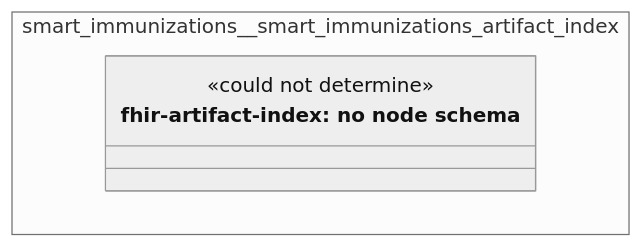
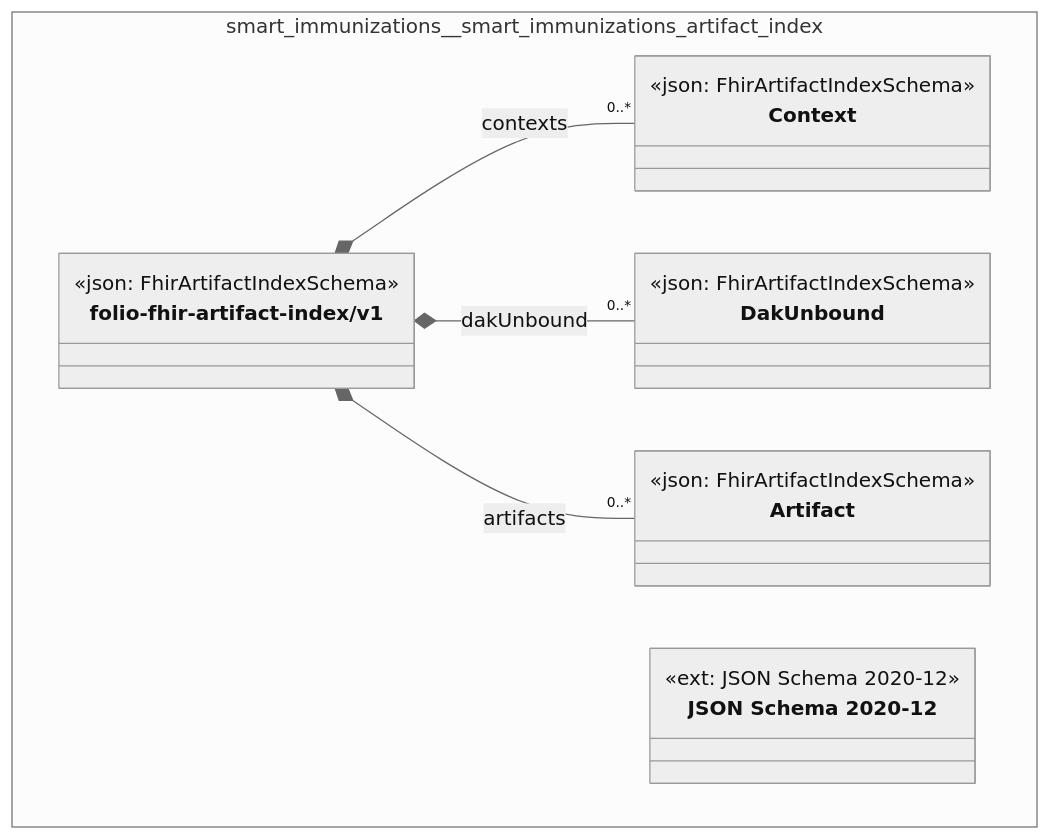
The diagram in cat-harness/docs/uml/overview/smart-immunizations.md (litlfred/folio-assistant), drawn with Mermaid (neutral theme) before and after one commit. The commit also changed other lines of this file and 220 other files, not shown here.

First line of the commit message:
quda: register node schemas for the graph kinds that had none

````diff
--- a/cat-harness/docs/uml/overview/smart-immunizations.md
+++ b/cat-harness/docs/uml/overview/smart-immunizations.md
@@ -12,11 +12,29 @@
 ```mermaid
 classDiagram
   direction TB
   namespace smart_immunizations__smart_immunizations_artifact_index {
-    class n_smart_immunizations_smart_immunizations_artifact_index_fhir_artifact_index["fhir-artifact-index: no node schema"] {
-      <<could not determine>>
+    class smart_immunizations_smart_immunizations_artifact_index_folio_fhir_artifact_index_v1_Context["Context"] {
+      <<json: FhirArtifactIndexSchema>>
+    }
+    class smart_immunizations_smart_immunizations_artifact_index_folio_fhir_artifact_index_v1_DakUnbound["DakUnbound"] {
+      <<json: FhirArtifactIndexSchema>>
+    }
+    class smart_immunizations_smart_immunizations_artifact_index_folio_fhir_artifact_index_v1_Artifact["Artifact"] {
+      <<json: FhirArtifactIndexSchema>>
+    }
+    class smart_immunizations_smart_immunizations_artifact_index_folio_fhir_artifact_index_v1_folio_fhir_artifact_index_v1["folio-fhir-artifact-index/v1"] {
+      <<json: FhirArtifactIndexSchema>>
+    }
+    class smart_immunizations_smart_immunizations_artifact_index_https___json_schema_org_draft_2020_12_schema["JSON Schema 2020-12"] {
+      <<ext: JSON Schema 2020-12>>
     }
   }
-  cssClass "n_smart_immunizations_smart_immunizations_artifact_index_fhir_artifact_index" fa_uml_kind_fhir_artifact_index
-  cssClass "n_smart_immunizations_smart_immunizations_artifact_index_fhir_artifact_index" fa_uml_undetermined
+  smart_immunizations_smart_immunizations_artifact_index_folio_fhir_artifact_index_v1_folio_fhir_artifact_index_v1 *-- "0..*" smart_immunizations_smart_immunizations_artifact_index_folio_fhir_artifact_index_v1_Context : contexts
+  smart_immunizations_smart_immunizations_artifact_index_folio_fhir_artifact_index_v1_folio_fhir_artifact_index_v1 *-- "0..*" smart_immunizations_smart_immunizations_artifact_index_folio_fhir_artifact_index_v1_DakUnbound : dakUnbound
+  smart_immunizations_smart_immunizations_artifact_index_folio_fhir_artifact_index_v1_folio_fhir_artifact_index_v1 *-- "0..*" smart_immunizations_smart_immunizations_artifact_index_folio_fhir_artifact_index_v1_Artifact : artifacts
+  cssClass "smart_immunizations_smart_immunizations_artifact_index_folio_fhir_artifact_index_v1_Context" fa_uml_kind_fhir_artifact_index
+  cssClass "smart_immunizations_smart_immunizations_artifact_index_folio_fhir_artifact_index_v1_DakUnbound" fa_uml_kind_fhir_artifact_index
+  cssClass "smart_immunizations_smart_immunizations_artifact_index_folio_fhir_artifact_index_v1_Artifact" fa_uml_kind_fhir_artifact_index
+  cssClass "smart_immunizations_smart_immunizations_artifact_index_folio_fhir_artifact_index_v1_folio_fhir_artifact_index_v1" fa_uml_kind_fhir_artifact_index
+  cssClass "smart_immunizations_smart_immunizations_artifact_index_https___json_schema_org_draft_2020_12_schema" fa_uml_kind_fhir_artifact_index
 ```
````
